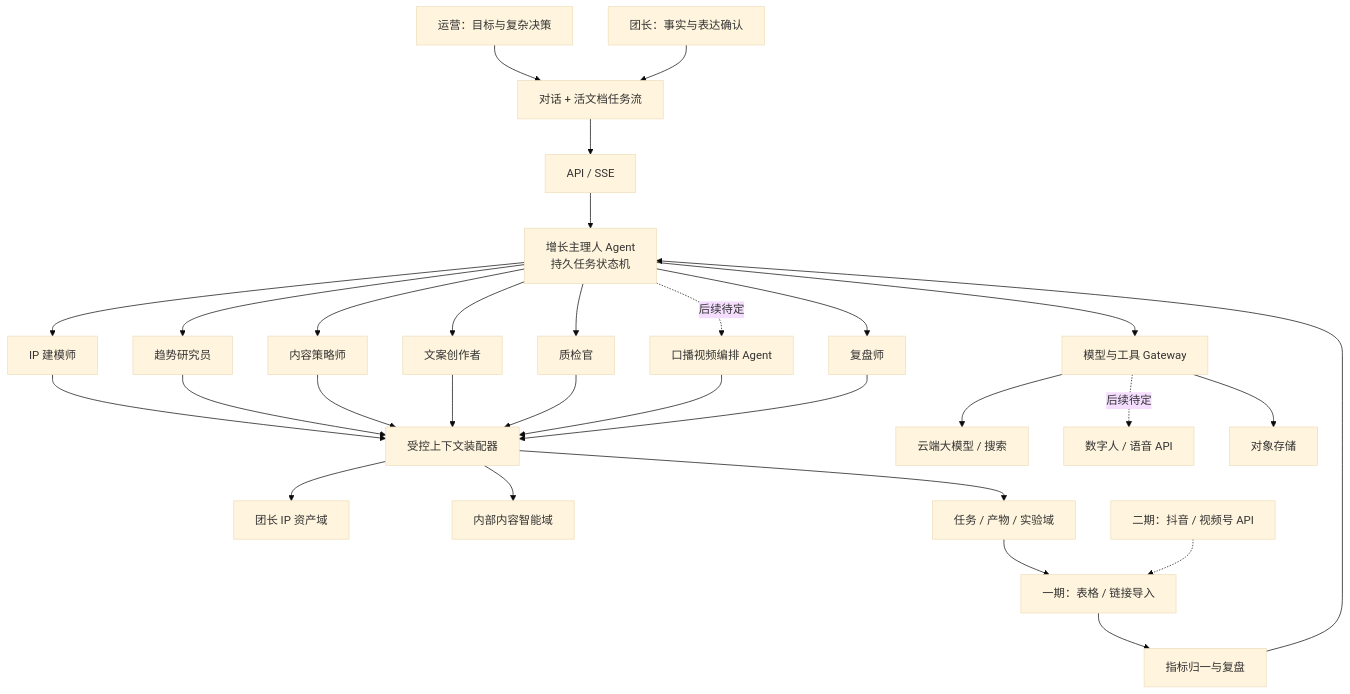
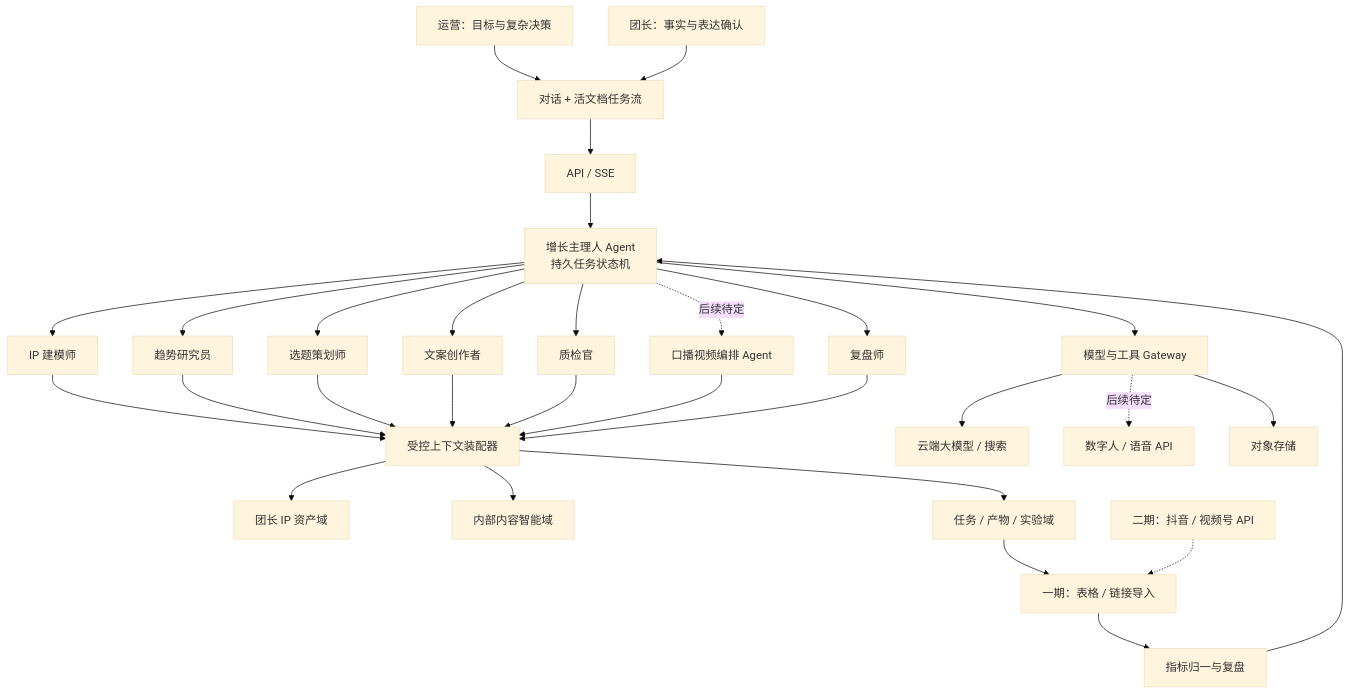
One commit to iSamlzh/short-video-llm changed the first of 2 diagrams in docs/superpowers/specs/2026-08-15-group-leader-content-growth-agent-design.md. Above: the diagram before and after it, drawn with Mermaid (base theme). The commit also changed other lines of this file, not shown here.

````diff
--- a/docs/superpowers/specs/2026-08-15-group-leader-content-growth-agent-design.md
+++ b/docs/superpowers/specs/2026-08-15-group-leader-content-growth-agent-design.md
@@ -127,26 +129,26 @@
 ```mermaid
 flowchart TB
     U1["运营：目标与复杂决策"] --> UI["对话 + 活文档任务流"]
     U2["团长：事实与表达确认"] --> UI
     UI --> API["API / SSE"]
     API --> ORCH["增长主理人 Agent\n持久任务状态机"]
     ORCH --> A1["IP 建模师"]
     ORCH --> A2["趋势研究员"]
-    ORCH --> A3["内容策略师"]
+    ORCH --> A3["选题策划师"]
     ORCH --> A4["文案创作者"]
     ORCH --> A5["质检官"]
     ORCH -. 后续待定 .-> A6["口播视频编排 Agent"]
     ORCH --> A7["复盘师"]
     A1 & A2 & A3 & A4 & A5 & A6 & A7 --> CTX["受控上下文装配器"]
     CTX --> IP["团长 IP 资产域"]
     CTX --> INTEL["内部内容智能域"]
     CTX --> RUN["任务 / 产物 / 实验域"]
     ORCH --> TOOLS["模型与工具 Gateway"]
     TOOLS --> LLM["云端大模型 / 搜索"]
     TOOLS -. 后续待定 .-> AVATAR["数字人 / 语音 API"]
     TOOLS --> STORAGE["对象存储"]
     RUN --> IMPORT["一期：表格 / 链接导入"]
     IMPORT --> REVIEW["指标归一与复盘"]
     REVIEW --> ORCH
     P2["二期：抖音 / 视频号 API"] -.-> IMPORT
 ```
````
